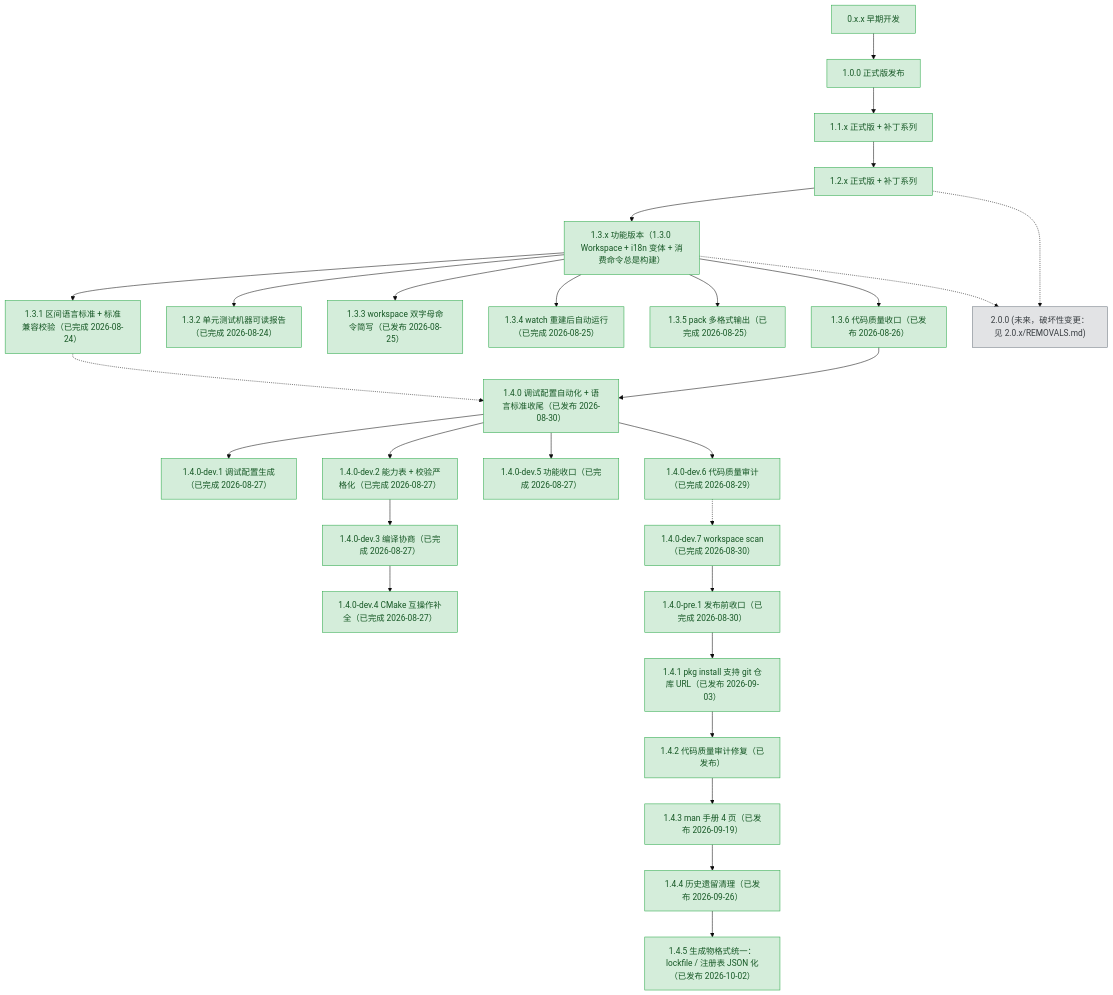
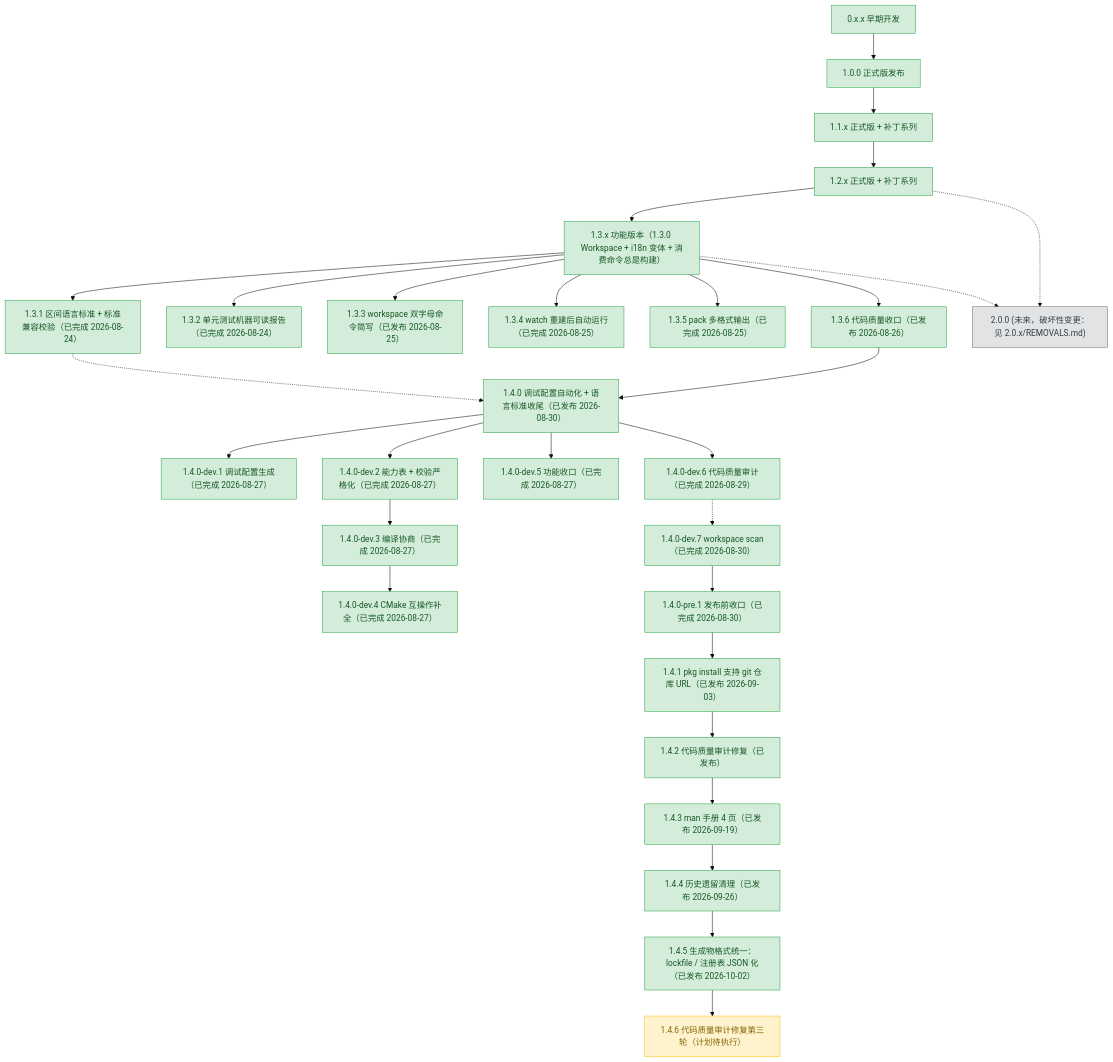
One commit to 3667808244/EazyMake changed the diagram in plans/README.md. Above: the diagram before and after it, drawn with Mermaid (base theme). The commit also changed other lines of this file and 3 other files, not shown here.

````diff
--- a/plans/README.md
+++ b/plans/README.md
@@ -100,6 +100,7 @@
     v143p["1.4.3 man 手册 4 页（已发布 2026-09-19）"]
     v144p["1.4.4 历史遗留清理（已发布 2026-09-26）"]
     v145p["1.4.5 生成物格式统一：lockfile / 注册表 JSON 化（已发布 2026-10-02）"]
+    v146p["1.4.6 代码质量审计修复第三轮（计划待执行）"]
     v200["2.0.0 (未来，破坏性变更：见 2.0.x/REMOVALS.md)"]
 
     v0xx --> v100
@@ -126,6 +127,7 @@
     v142p --> v143p
     v143p --> v144p
     v144p --> v145p
+    v145p --> v146p
     v131 -.-> v140
     v12x -.-> v200
     v13x -.-> v200
@@ -158,5 +160,6 @@
     class v143p done;
     class v144p done;
     class v145p done;
+    class v146p active;
     class v200 todo;
 ```
````
